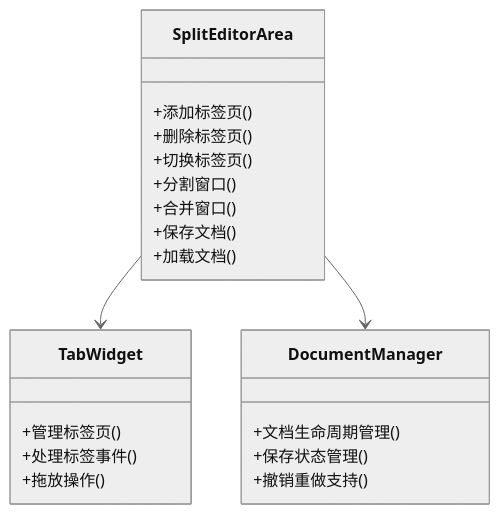
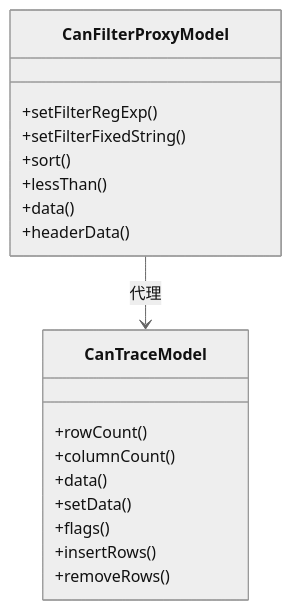
Before and after one commit to jakecai1225-design/OpenBus: the fifth of 8 diagrams in .qoder/repowiki/zh/content/架构设计/架构设计.md, drawn with Mermaid (neutral theme). The commit also changed other lines of this file and 25 other files, not shown here.

````diff
--- a/.qoder/repowiki/zh/content/架构设计/架构设计.md
+++ b/.qoder/repowiki/zh/content/架构设计/架构设计.md
@@ -275,24 +272,21 @@
 ```mermaid
 classDiagram
-class SplitEditorArea {
-+添加标签页()
-+删除标签页()
-+切换标签页()
-+分割窗口()
-+合并窗口()
-+保存文档()
-+加载文档()
+class CanFilterProxyModel {
++setFilterRegExp()
++setFilterFixedString()
++sort()
++lessThan()
++data()
++headerData()
 }
-class TabWidget {
-+管理标签页()
-+处理标签事件()
-+拖放操作()
+class CanTraceModel {
++rowCount()
++columnCount()
++data()
++setData()
++flags()
++insertRows()
++removeRows()
 }
-class DocumentManager {
-+文档生命周期管理()
-+保存状态管理()
-+撤销重做支持()
-}
-SplitEditorArea --> TabWidget
-SplitEditorArea --> DocumentManager
+CanFilterProxyModel --> CanTraceModel : 代理
 ```
````
